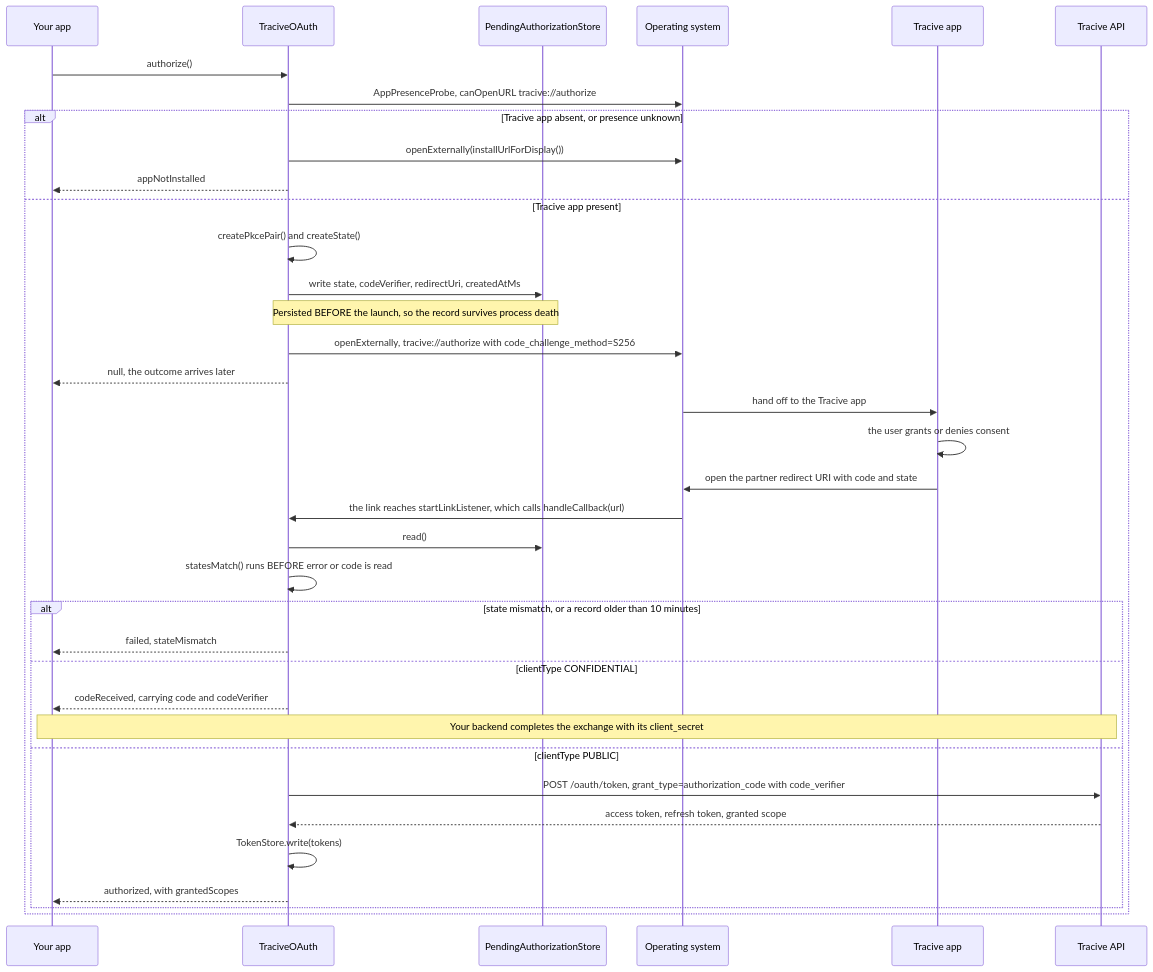
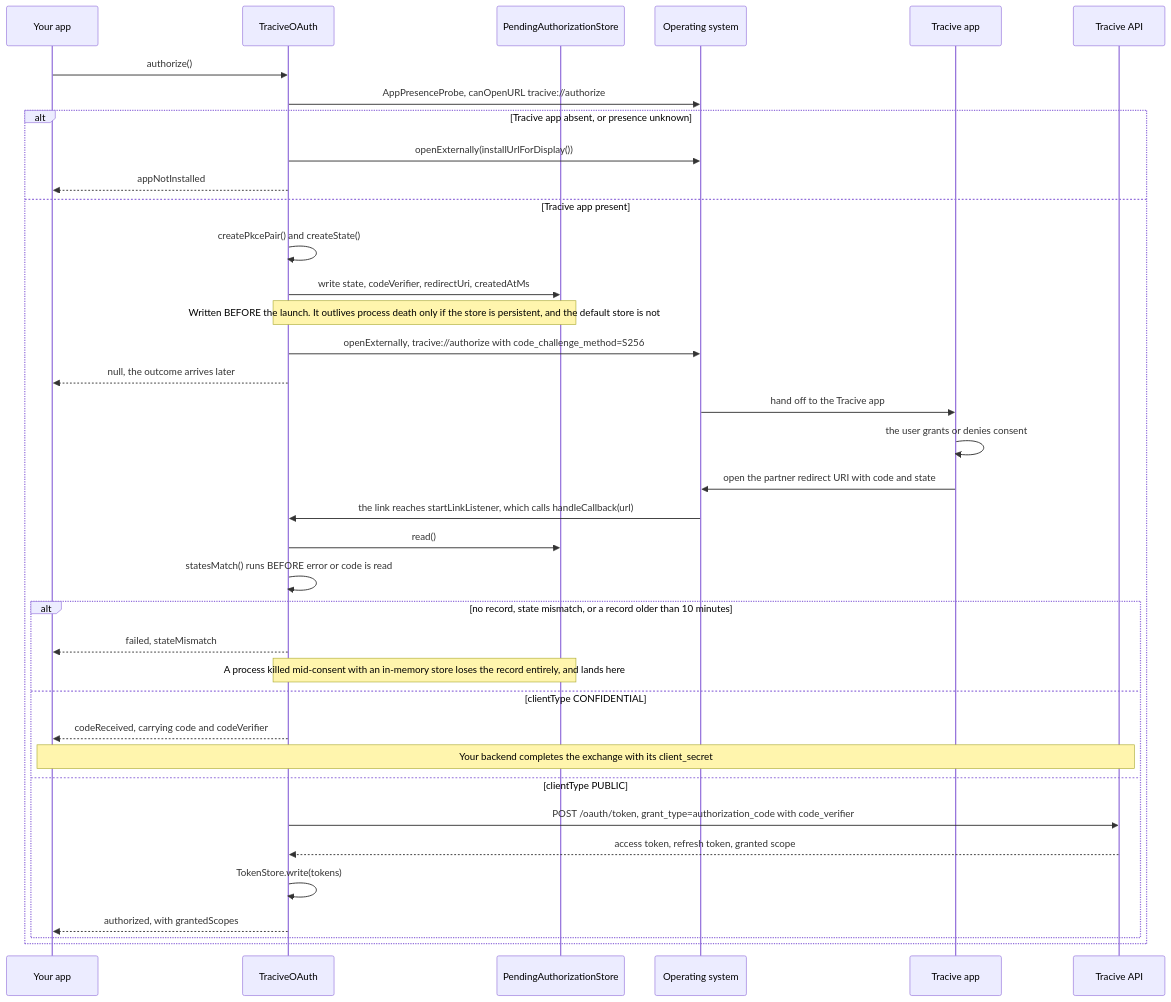
The second of 6 diagrams in docs/architecture.md (pleistocent/tracive-sdk-react-native), drawn with Mermaid before and after one commit. The commit also changed other lines of this file and 6 other files, not shown here.

````diff
--- a/docs/architecture.md
+++ b/docs/architecture.md
@@ -91,39 +91,40 @@
 ```mermaid
 sequenceDiagram
     participant App as Your app
     participant SDK as TraciveOAuth
     participant Store as PendingAuthorizationStore
     participant OS as Operating system
     participant Tracive as Tracive app
     participant Api as Tracive API
 
     App->>SDK: authorize()
     SDK->>OS: AppPresenceProbe, canOpenURL tracive://authorize
     alt Tracive app absent, or presence unknown
         SDK->>OS: openExternally(installUrlForDisplay())
         SDK-->>App: appNotInstalled
     else Tracive app present
         SDK->>SDK: createPkcePair() and createState()
         SDK->>Store: write state, codeVerifier, redirectUri, createdAtMs
-        Note over SDK,Store: Persisted BEFORE the launch, so the record survives process death
+        Note over SDK,Store: Written BEFORE the launch. It outlives process death only if the store is persistent, and the default store is not
         SDK->>OS: openExternally, tracive://authorize with code_challenge_method=S256
         SDK-->>App: null, the outcome arrives later
         OS->>Tracive: hand off to the Tracive app
         Tracive->>Tracive: the user grants or denies consent
         Tracive->>OS: open the partner redirect URI with code and state
         OS->>SDK: the link reaches startLinkListener, which calls handleCallback(url)
         SDK->>Store: read()
         SDK->>SDK: statesMatch() runs BEFORE error or code is read
-        alt state mismatch, or a record older than 10 minutes
+        alt no record, state mismatch, or a record older than 10 minutes
             SDK-->>App: failed, stateMismatch
+            Note over SDK,Store: A process killed mid-consent with an in-memory store loses the record entirely, and lands here
         else clientType CONFIDENTIAL
             SDK-->>App: codeReceived, carrying code and codeVerifier
             Note over App,Api: Your backend completes the exchange with its client_secret
         else clientType PUBLIC
             SDK->>Api: POST /oauth/token, grant_type=authorization_code with code_verifier
             Api-->>SDK: access token, refresh token, granted scope
             SDK->>SDK: TokenStore.write(tokens)
             SDK-->>App: authorized, with grantedScopes
         end
     end
 ```
````
